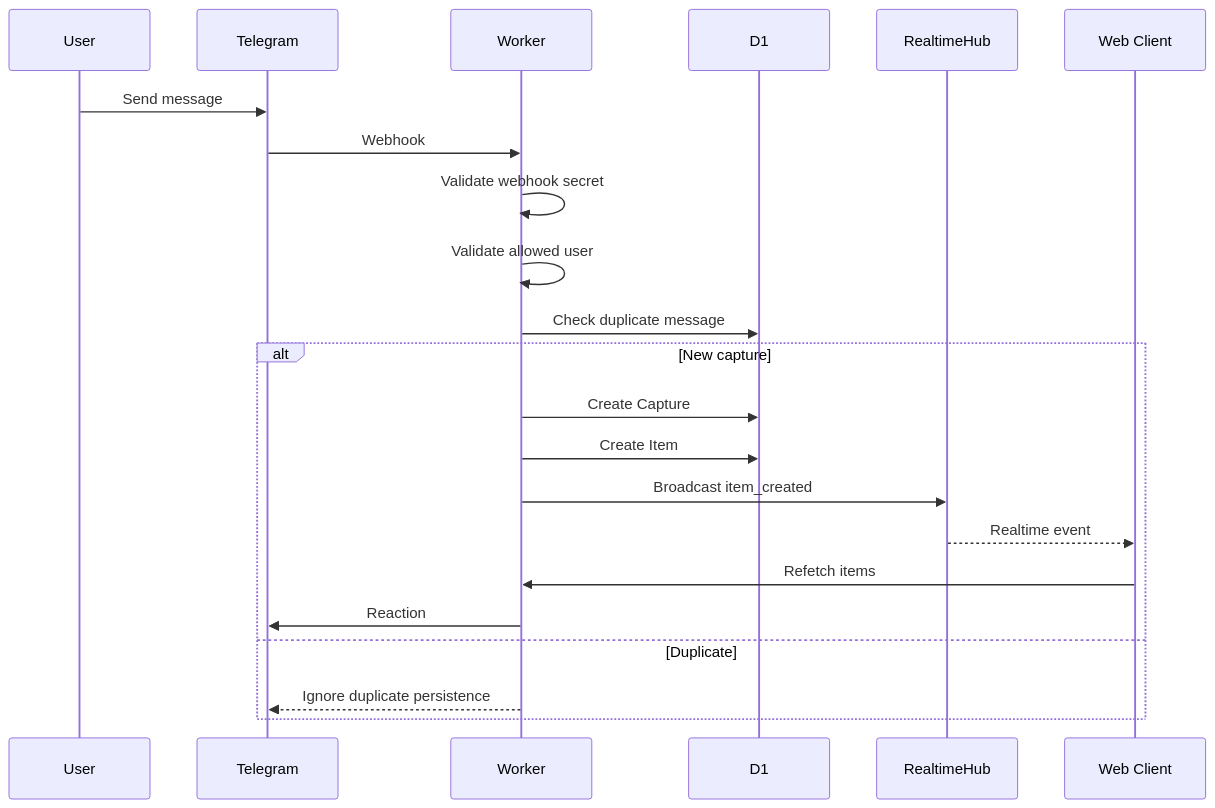
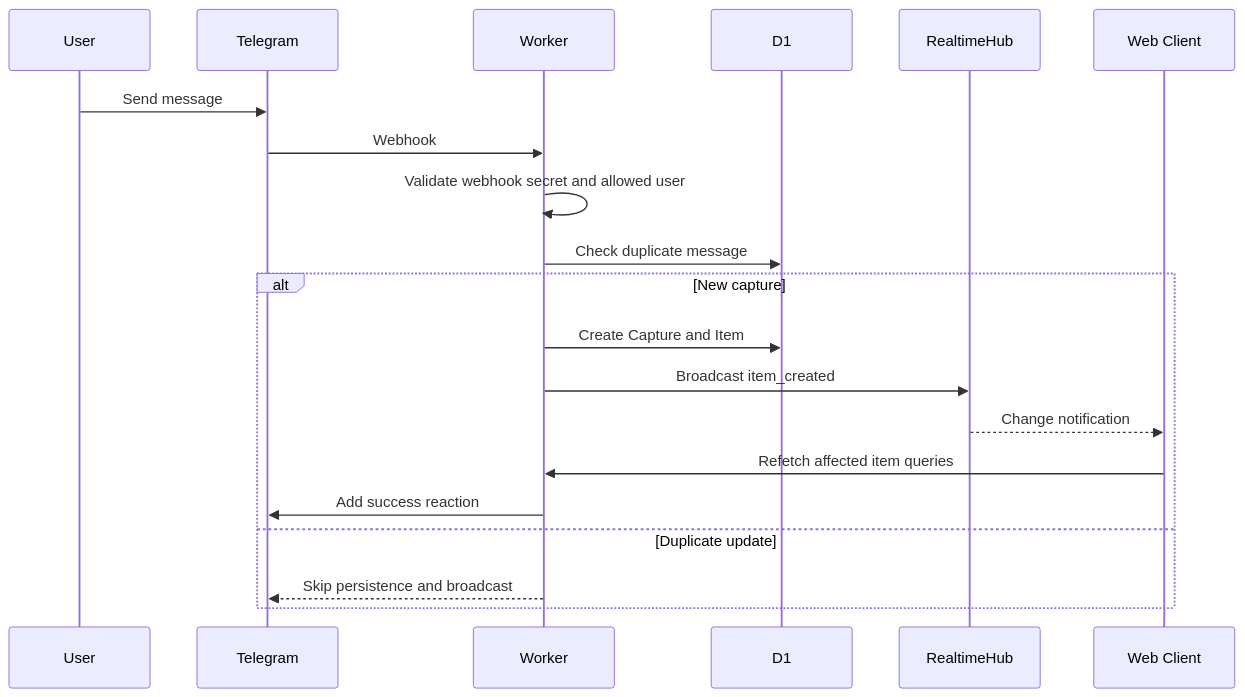
One commit to Transient-Onlooker/tg-note-agent-web changed the fifth of 11 diagrams in docs/DEVELOPMENT_FLOW.md. Above: the diagram before and after it, drawn with Mermaid. The commit also changed other lines of this file, not shown here.

Commit message:
Improve development workflow diagrams

````diff
--- a/docs/DEVELOPMENT_FLOW.md
+++ b/docs/DEVELOPMENT_FLOW.md
@@ -156,27 +136,24 @@
 ```mermaid
 sequenceDiagram
     participant U as User
     participant TG as Telegram
     participant W as Worker
     participant DB as D1
     participant RT as RealtimeHub
     participant WEB as Web Client
 
     U->>TG: Send message
     TG->>W: Webhook
-
-    W->>W: Validate webhook secret
-    W->>W: Validate allowed user
+    W->>W: Validate webhook secret and allowed user
     W->>DB: Check duplicate message
 
     alt New capture
-        W->>DB: Create Capture
-        W->>DB: Create Item
+        W->>DB: Create Capture and Item
         W->>RT: Broadcast item_created
-        RT-->>WEB: Realtime event
-        WEB->>W: Refetch items
-        W->>TG: Reaction
-    else Duplicate
-        W-->>TG: Ignore duplicate persistence
+        RT-->>WEB: Change notification
+        WEB->>W: Refetch affected item queries
+        W->>TG: Add success reaction
+    else Duplicate update
+        W-->>TG: Skip persistence and broadcast
     end
 ```
````
